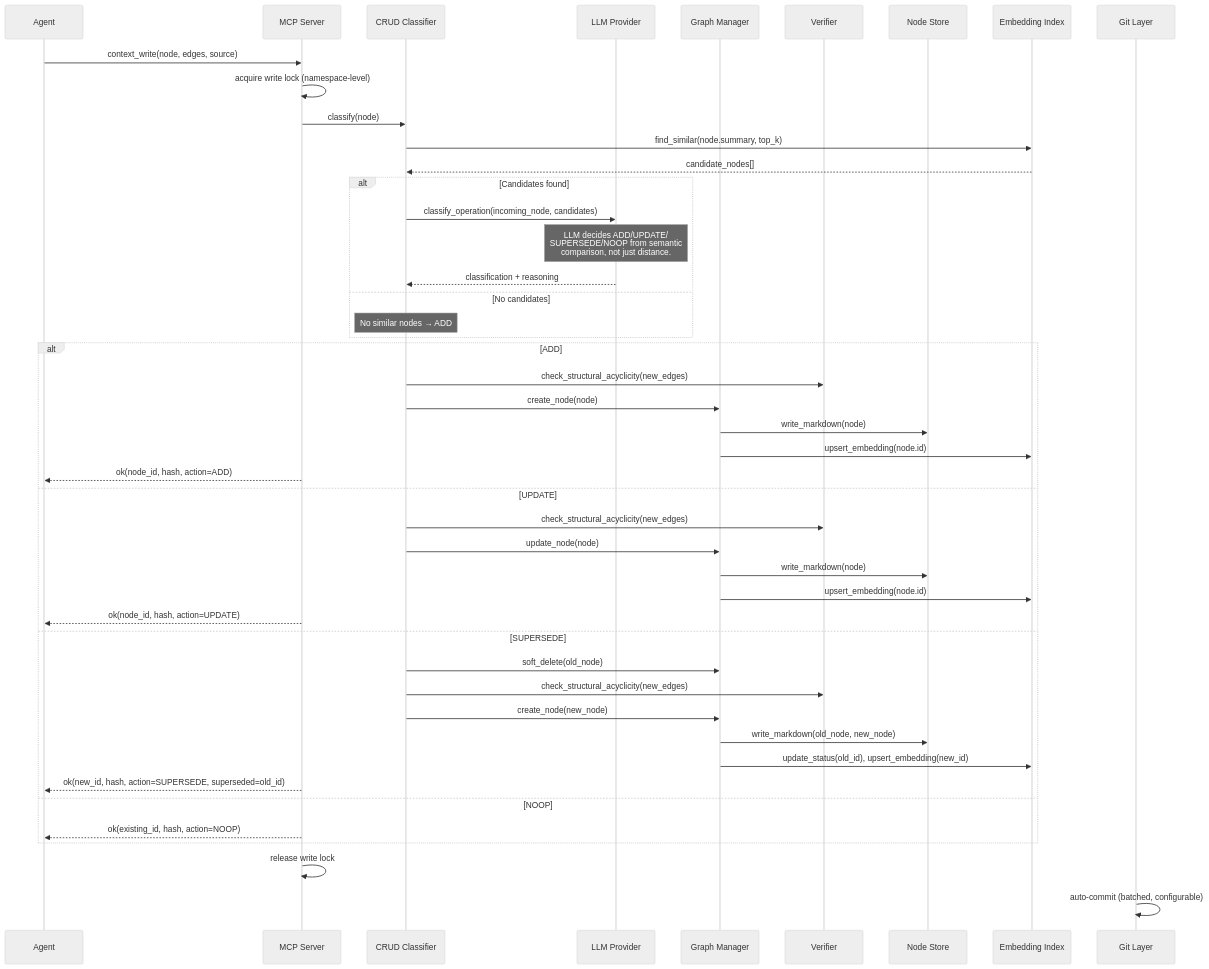
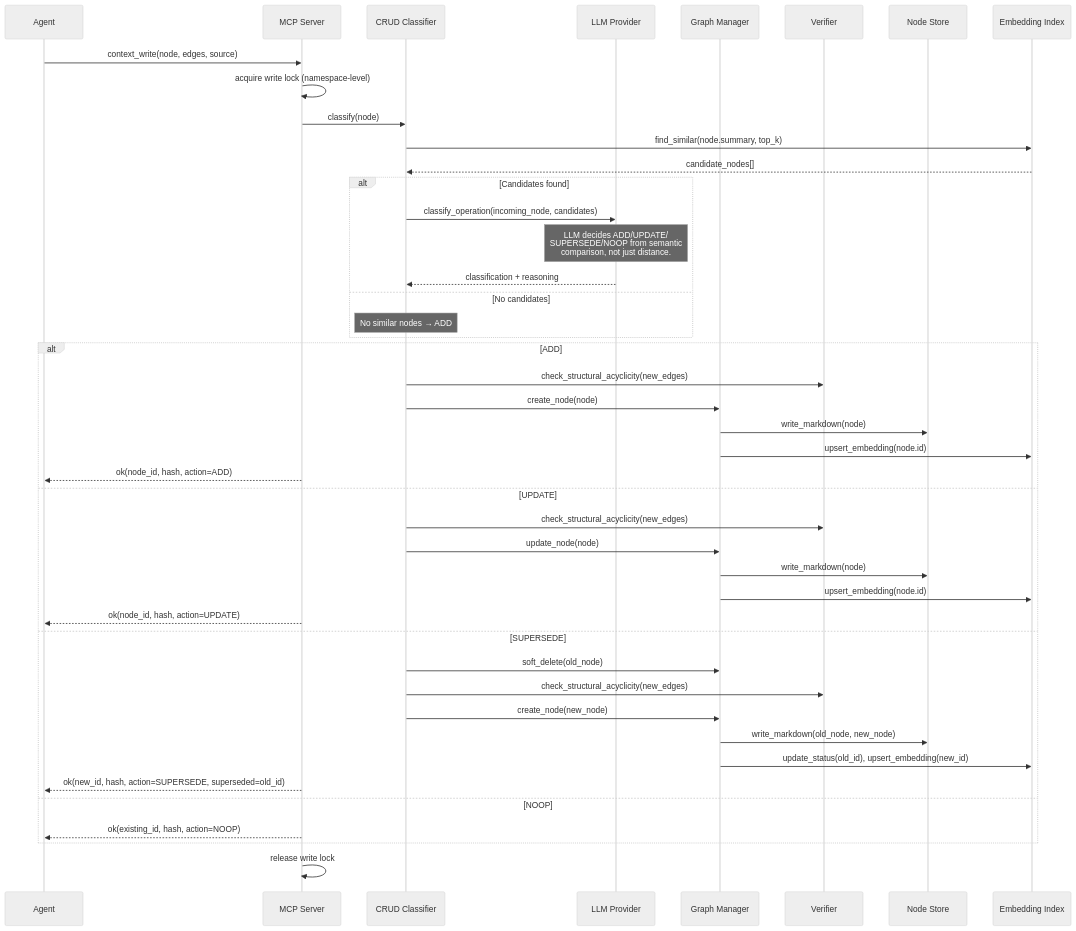
Before and after one commit to Nurozen/context-marmot: the third of 3 diagrams in docs/architecture.md, drawn with Mermaid (neutral theme). The commit also changed other lines of this file and 21 other files, not shown here.

````diff
--- a/docs/architecture.md
+++ b/docs/architecture.md
@@ -187,56 +181,54 @@
 ```mermaid
 sequenceDiagram
     participant Agent
     participant MCP as MCP Server
     participant CRUD as CRUD Classifier
     participant LLM as LLM Provider
     participant GM as Graph Manager
     participant VER as Verifier
     participant NS as Node Store
     participant EI as Embedding Index
-    participant GIT as Git Layer
 
     Agent->>MCP: context_write(node, edges, source)
     MCP->>MCP: acquire write lock (namespace-level)
 
     MCP->>CRUD: classify(node)
     CRUD->>EI: find_similar(node.summary, top_k)
     EI-->>CRUD: candidate_nodes[]
 
     alt Candidates found
         CRUD->>LLM: classify_operation(incoming_node, candidates)
         Note over LLM: LLM decides ADD/UPDATE/<br/>SUPERSEDE/NOOP from semantic<br/>comparison, not just distance.
         LLM-->>CRUD: classification + reasoning
     else No candidates
         Note over CRUD: No similar nodes → ADD
     end
 
     alt ADD
         CRUD->>VER: check_structural_acyclicity(new_edges)
         CRUD->>GM: create_node(node)
         GM->>NS: write_markdown(node)
         GM->>EI: upsert_embedding(node.id)
         MCP-->>Agent: ok(node_id, hash, action=ADD)
 
     else UPDATE
         CRUD->>VER: check_structural_acyclicity(new_edges)
         CRUD->>GM: update_node(node)
         GM->>NS: write_markdown(node)
         GM->>EI: upsert_embedding(node.id)
         MCP-->>Agent: ok(node_id, hash, action=UPDATE)
 
     else SUPERSEDE
         CRUD->>GM: soft_delete(old_node)
         CRUD->>VER: check_structural_acyclicity(new_edges)
         CRUD->>GM: create_node(new_node)
         GM->>NS: write_markdown(old_node, new_node)
         GM->>EI: update_status(old_id), upsert_embedding(new_id)
         MCP-->>Agent: ok(new_id, hash, action=SUPERSEDE, superseded=old_id)
 
     else NOOP
         MCP-->>Agent: ok(existing_id, hash, action=NOOP)
     end
 
     MCP->>MCP: release write lock
-    GIT->>GIT: auto-commit (batched, configurable)
 ```
````
